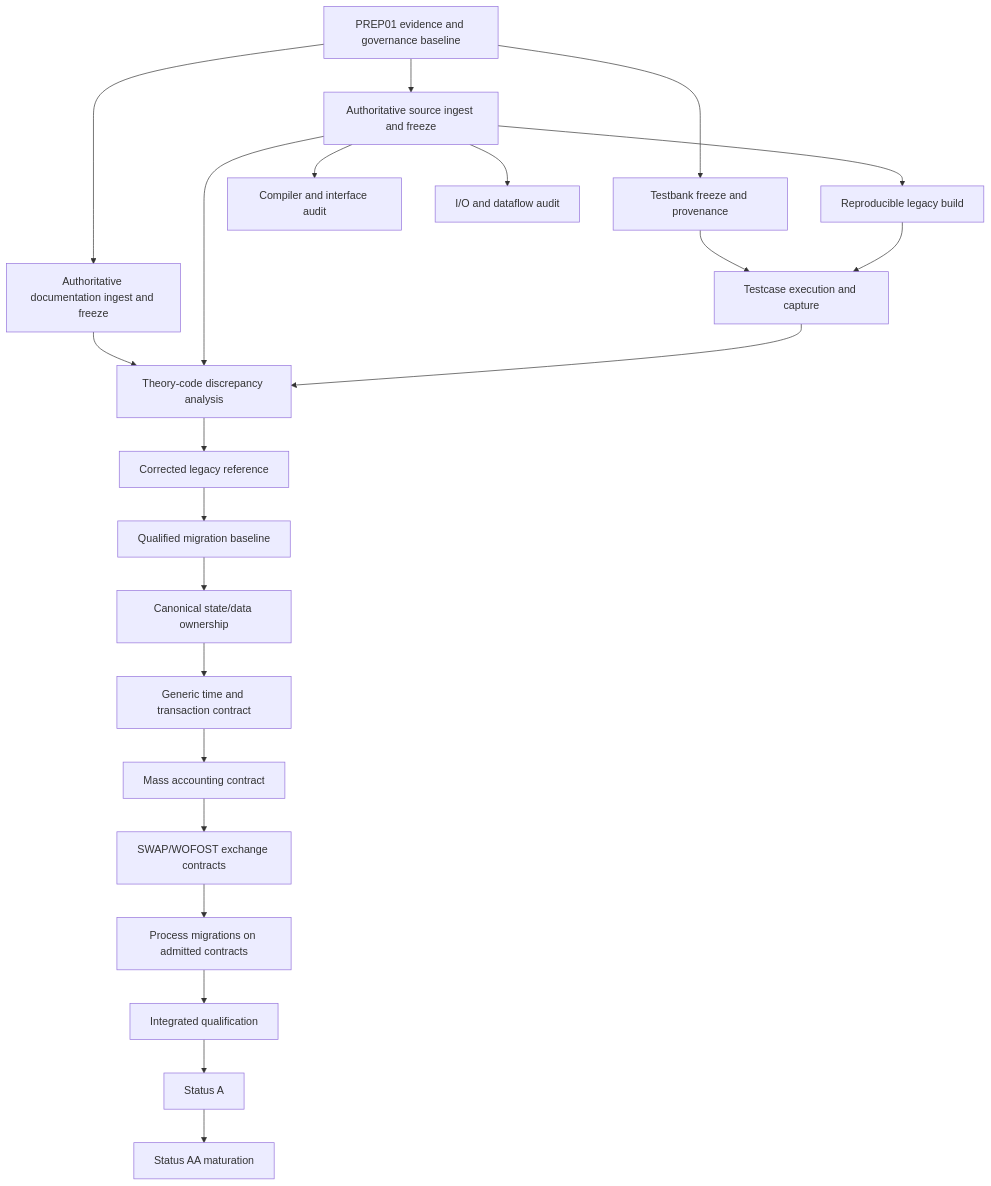
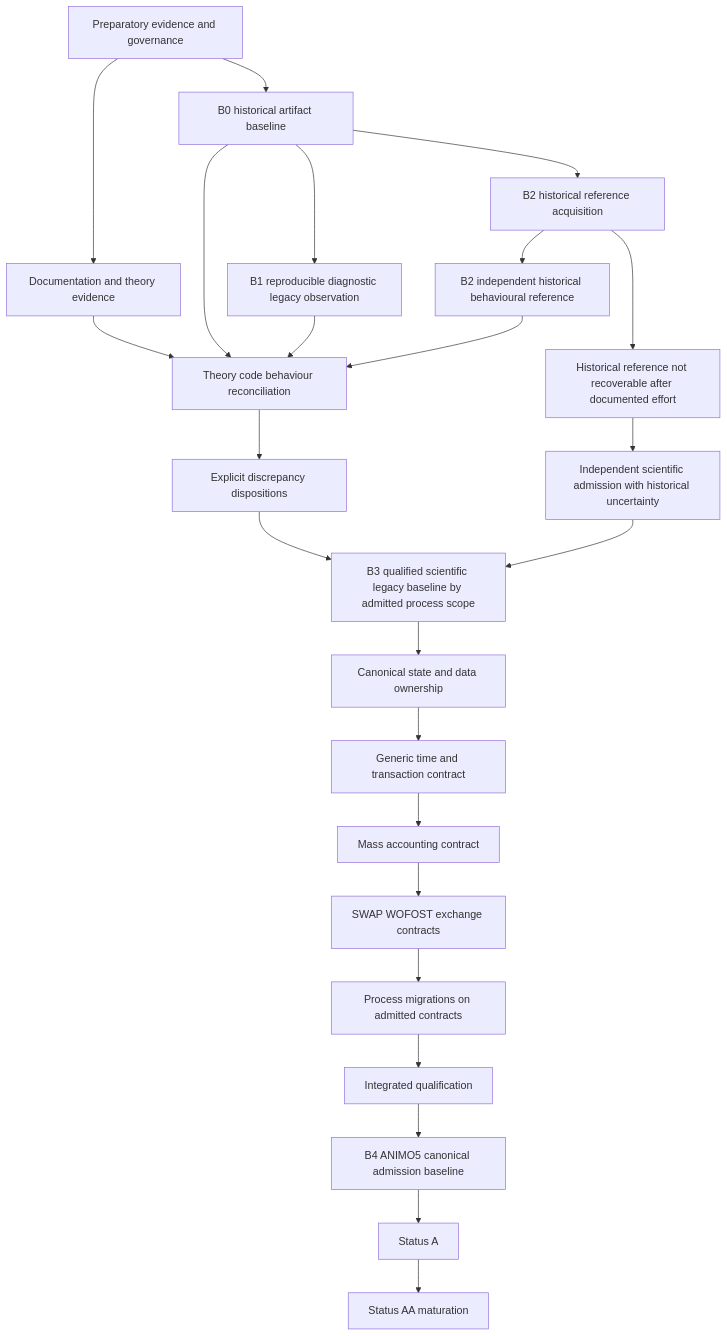
The diagram in docs/governance/MIGRATION_DAG.md (abhedwig-cell/ANIMO5), drawn with Mermaid before and after one commit. The commit also changed other lines of this file, not shown here.

Commit message:
governance(ANIMO-EB01): align migration DAG with evidence baselines

````diff
--- a/docs/governance/MIGRATION_DAG.md
+++ b/docs/governance/MIGRATION_DAG.md
@@ -5,44 +11,47 @@
 ```mermaid
 flowchart TD
-    P1[PREP01 evidence and governance baseline]
-    S0[Authoritative source ingest and freeze]
-    D0[Authoritative documentation ingest and freeze]
-    T0[Testbank freeze and provenance]
-    B0[Reproducible legacy build]
-    TA[Compiler and interface audit]
-    IO[I/O and dataflow audit]
-    TC[Testcase execution and capture]
-    TH[Theory-code discrepancy analysis]
-    CR[Corrected legacy reference]
-    QM[Qualified migration baseline]
-    STATE[Canonical state/data ownership]
+    P1[Preparatory evidence and governance]
+    B0[B0 historical artifact baseline]
+    D0[Documentation and theory evidence]
+    B1[B1 reproducible diagnostic legacy observation]
+    B2A[B2 historical reference acquisition]
+    B2[B2 independent historical behavioural reference]
+    B2F[Historical reference not recoverable after documented effort]
+    TH[Theory code behaviour reconciliation]
+    DISP[Explicit discrepancy dispositions]
+    FBACK[Independent scientific admission with historical uncertainty]
+    B3[B3 qualified scientific legacy baseline by admitted process scope]
+    STATE[Canonical state and data ownership]
     TIME[Generic time and transaction contract]
     MASS[Mass accounting contract]
-    EX[SWAP/WOFOST exchange contracts]
+    EX[SWAP WOFOST exchange contracts]
     PROC[Process migrations on admitted contracts]
     INT[Integrated qualification]
+    B4[B4 ANIMO5 canonical admission baseline]
     A[Status A]
     AA[Status AA maturation]
 
-    P1 --> S0
+    P1 --> B0
     P1 --> D0
-    P1 --> T0
-    S0 --> B0
-    S0 --> TA
-    S0 --> IO
-    T0 --> TC
-    B0 --> TC
+    B0 --> B1
+    B0 --> B2A
     D0 --> TH
-    S0 --> TH
-    TC --> TH
-    TH --> CR
-    CR --> QM
-    QM --> STATE
+    B0 --> TH
+    B1 --> TH
+    B2A --> B2
+    B2 --> TH
+    B2A --> B2F
+    B2F --> FBACK
+    TH --> DISP
+    DISP --> B3
+    FBACK --> B3
+    B3 --> STATE
     STATE --> TIME
     TIME --> MASS
     MASS --> EX
     EX --> PROC
     PROC --> INT
-    INT --> A
+    INT --> B4
+    B4 --> A
     A --> AA
 ```
````
